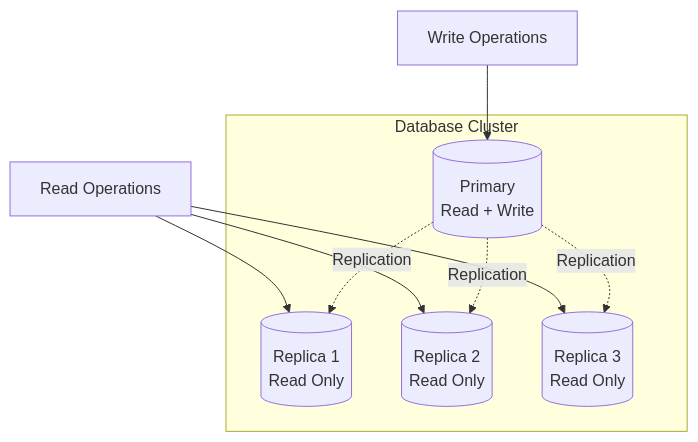
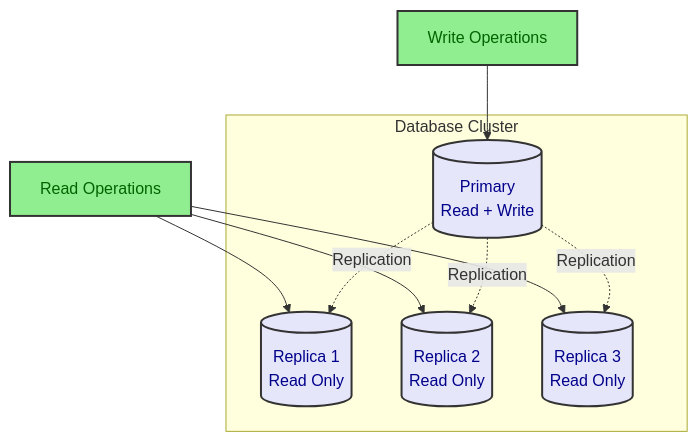
One commit to kasiopeiya/claude-dev-template changed the tenth of 18 diagrams in .claude/skills/design-doc-mermaid/assets/system-design-template.md. Above: the diagram before and after it, drawn with Mermaid. The commit also changed other lines of this file and 5 other files, not shown here.

````diff
--- a/.claude/skills/design-doc-mermaid/assets/system-design-template.md
+++ b/.claude/skills/design-doc-mermaid/assets/system-design-template.md
@@ -407,21 +443,27 @@
 ```mermaid
 graph TB
     subgraph "Database Cluster"
         Primary[(Primary<br/>Read + Write)]
         Replica1[(Replica 1<br/>Read Only)]
         Replica2[(Replica 2<br/>Read Only)]
         Replica3[(Replica 3<br/>Read Only)]
     end
 
     AppWrite[Write Operations]
     AppRead[Read Operations]
 
     AppWrite --> Primary
     AppRead --> Replica1
     AppRead --> Replica2
     AppRead --> Replica3
 
     Primary -.Replication.-> Replica1
     Primary -.Replication.-> Replica2
     Primary -.Replication.-> Replica3
+
+    classDef op fill:#90EE90,stroke:#333,stroke-width:2px,color:darkgreen
+    classDef store fill:#E6E6FA,stroke:#333,stroke-width:2px,color:darkblue
+
+    class AppWrite,AppRead op
+    class Primary,Replica1,Replica2,Replica3 store
 ```
````
